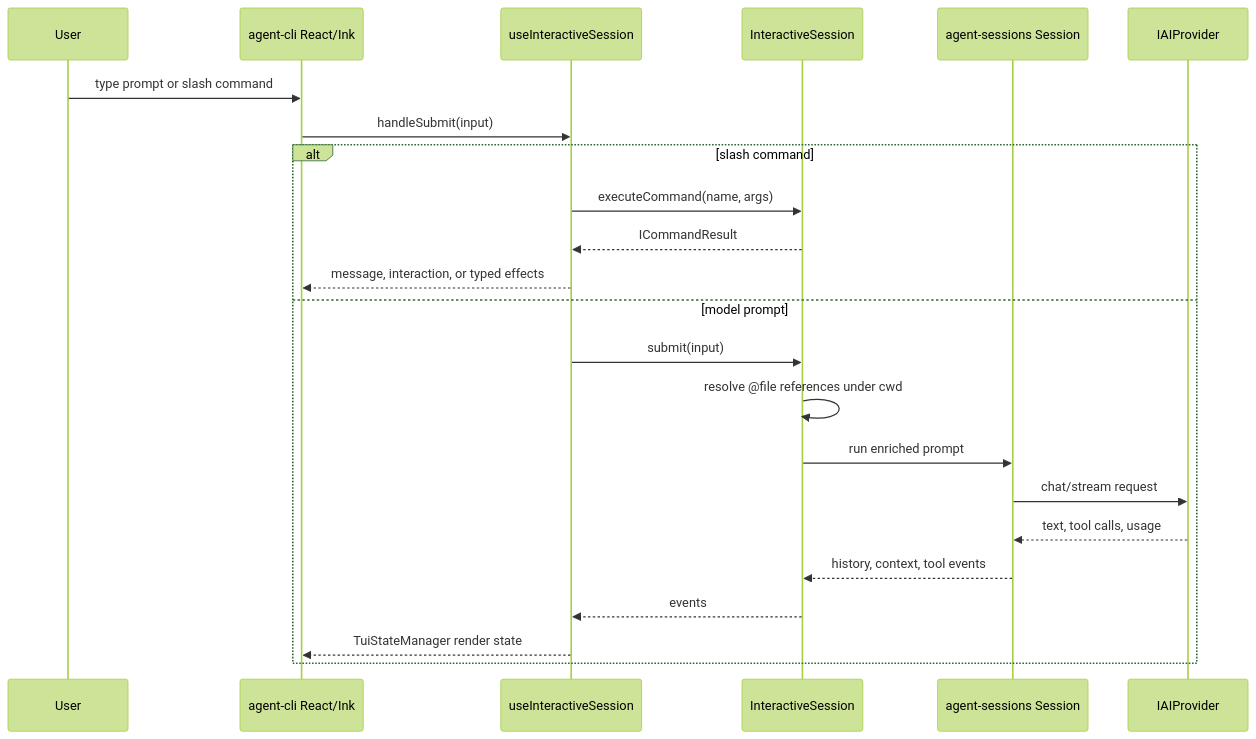
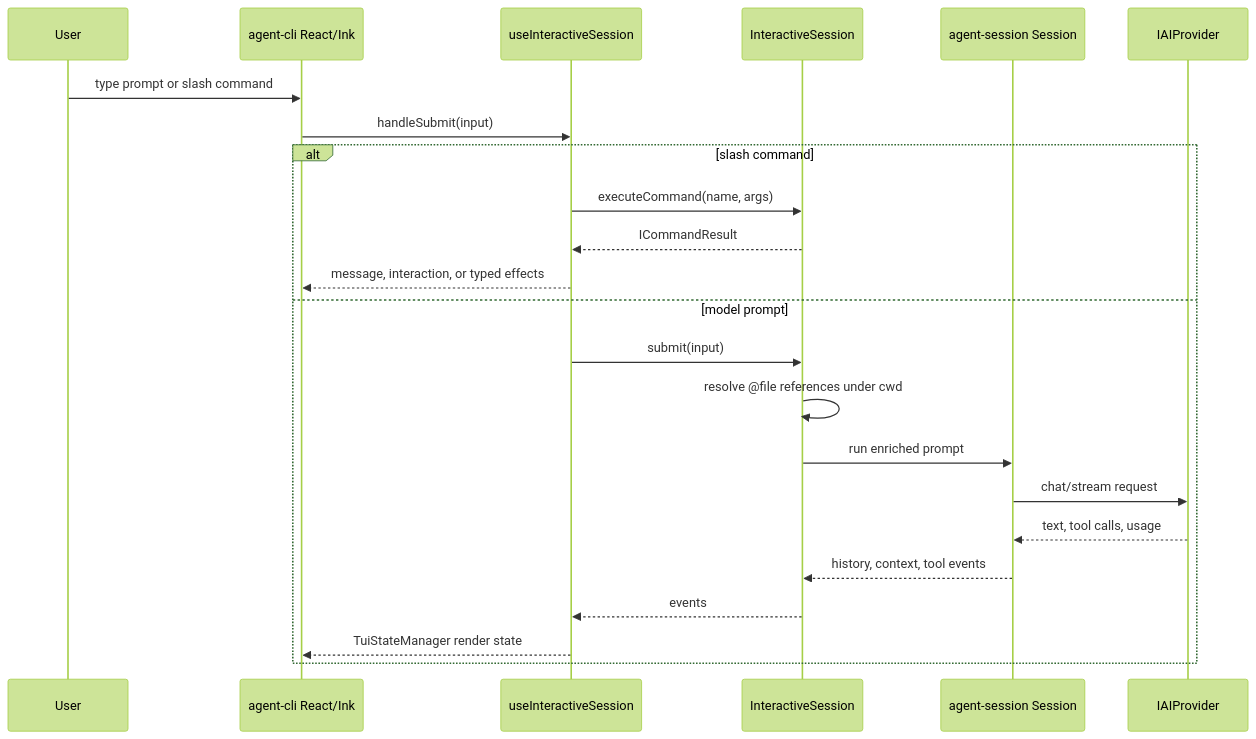
Before and after one commit to woojubb/robota: the first of 3 diagrams in .agents/specs/architecture-map/agent-cli/execution-modes.md, drawn with Mermaid (forest theme). The commit also changed other lines of this file and 690 other files, not shown here.

````diff
--- a/.agents/specs/architecture-map/agent-cli/execution-modes.md
+++ b/.agents/specs/architecture-map/agent-cli/execution-modes.md
@@ -9,26 +9,26 @@
 ```mermaid
 sequenceDiagram
   participant User
   participant TUI as agent-cli React/Ink
   participant Bridge as useInteractiveSession
   participant SDK as InteractiveSession
-  participant Session as agent-sessions Session
+  participant Session as agent-session Session
   participant Provider as IAIProvider
 
   User->>TUI: type prompt or slash command
   TUI->>Bridge: handleSubmit(input)
   alt slash command
     Bridge->>SDK: executeCommand(name, args)
     SDK-->>Bridge: ICommandResult
     Bridge-->>TUI: message, interaction, or typed effects
   else model prompt
     Bridge->>SDK: submit(input)
     SDK->>SDK: resolve @file references under cwd
     SDK->>Session: run enriched prompt
     Session->>Provider: chat/stream request
     Provider-->>Session: text, tool calls, usage
     Session-->>SDK: history, context, tool events
     SDK-->>Bridge: events
     Bridge-->>TUI: TuiStateManager render state
   end
 ```
````
